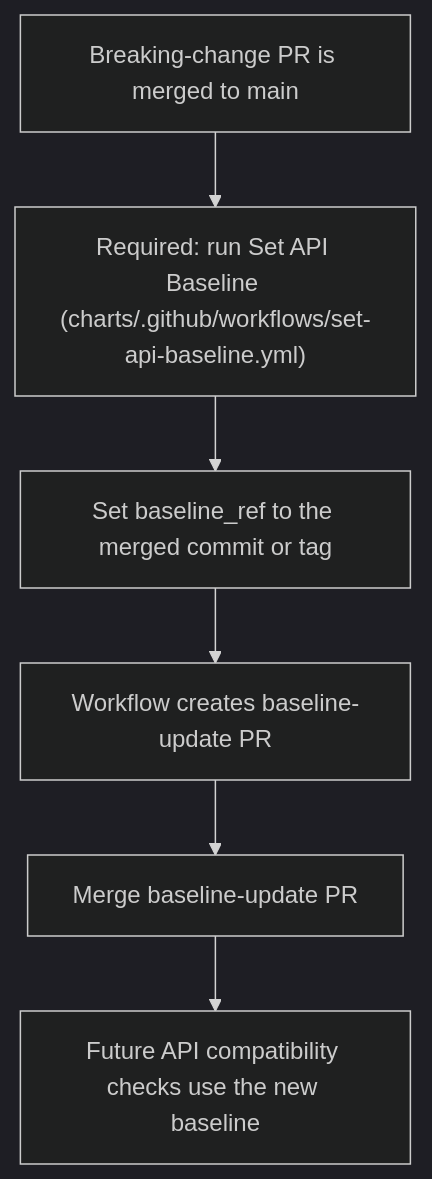
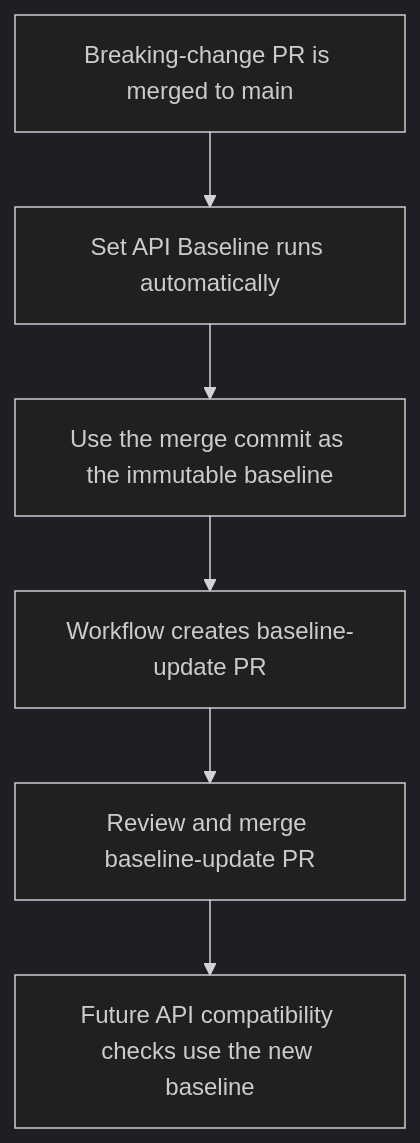
The second of 2 diagrams in docs/workflows/api-compatibility.md (HDCharts/charts), drawn with Mermaid (dark theme) before and after one commit. The commit also changed other lines of this file and 41 other files, not shown here.

Commit message:
chore: update charts release automation (#471)

````diff
--- a/docs/workflows/api-compatibility.md
+++ b/docs/workflows/api-compatibility.md
@@ -45,8 +46,8 @@
 ```mermaid
 flowchart TD
-  A["Breaking-change PR is merged to main"] --> B["Required: run Set API Baseline (charts/.github/workflows/set-api-baseline.yml)"]
-  B --> C["Set baseline_ref to the merged commit or tag"]
+  A["Breaking-change PR is merged to main"] --> B["Set API Baseline runs automatically"]
+  B --> C["Use the merge commit as the immutable baseline"]
   C --> D["Workflow creates baseline-update PR"]
-  D --> E["Merge baseline-update PR"]
+  D --> E["Review and merge baseline-update PR"]
   E --> F["Future API compatibility checks use the new baseline"]
 ```
````
